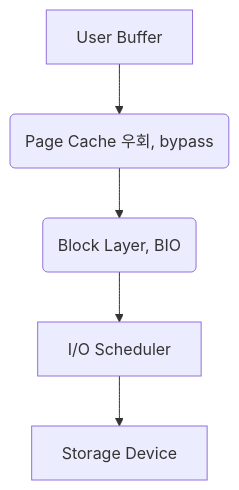
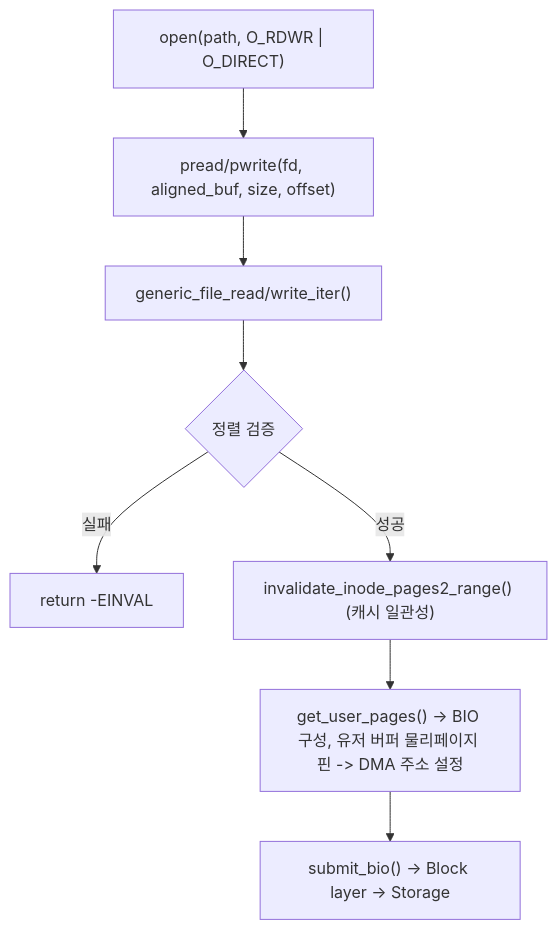
Before and after one commit to blakewoo/blakewoo.github.io: the fourth of 4 diagrams in _posts/linux/2026-3-27-리눅스-페이지캐시-파일입출력.md, drawn with Mermaid. The commit also changed other lines of this file, not shown here.

Commit message:
리눅스 - 페이지 캐시 - 파일 입출력 : Direct I/O 내용 추가

````diff
--- a/_posts/linux/2026-3-27-리눅스-페이지캐시-파일입출력.md
+++ b/_posts/linux/2026-3-27-리눅스-페이지캐시-파일입출력.md
@@ -101,7 +110,10 @@
 ```mermaid
 flowchart TD
-    A[User Buffer] --> B(Page Cache 우회, bypass)
-    B --> C(Block Layer, BIO)
-    C --> D[I/O Scheduler]
-    D --> E[Storage Device]
+    A["open(path, O_RDWR | O_DIRECT)"] --> B["pread/pwrite(fd, aligned_buf, size, offset)"]
+    B --> C["generic_file_read/write_iter()"]
+    C --> D{"정렬 검증"}
+    D --> |실패| E["return -EINVAL"]
+    D --> |성공| F["invalidate_inode_pages2_range() (캐시 일관성)"]
+    F --> G["get_user_pages() -> BIO 구성, 유저 버퍼 물리페이지 핀 -> DMA 주소 설정"]
+    G --> H["submit_bio() -> Block layer -> Storage"]
 ```
````
